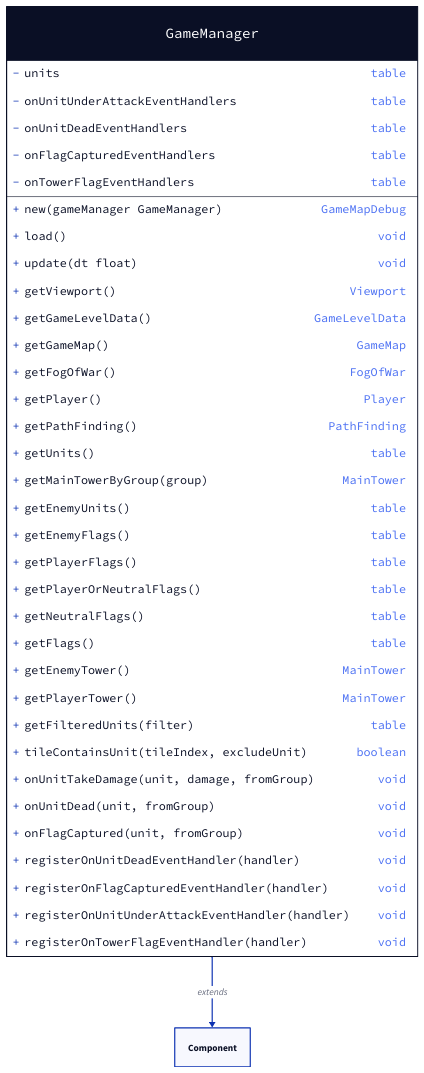
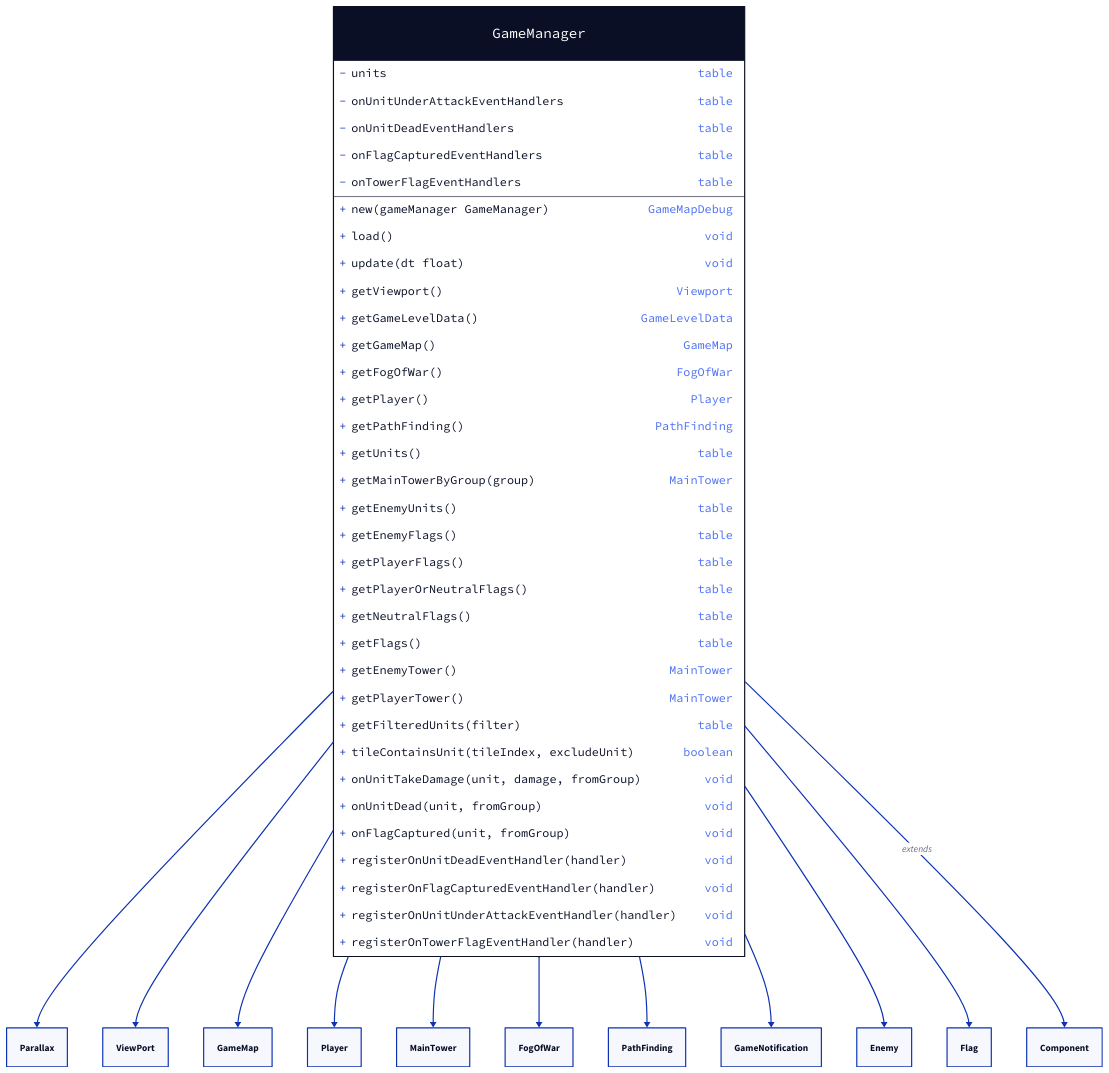
One commit to valcriss/gamingcampus-m1-lua-battletank changed the diagram in docs/game-manager.d2. Above: the diagram before and after it, drawn with D2. The commit also changed 6 other files, not shown here.

```diff
--- a/docs/game-manager.d2
+++ b/docs/game-manager.d2
@@ -1,44 +1,54 @@
 GameManager: {
   shape: class
 
   +new(gameManager GameManager): GameMapDebug
 
   -units: table
   -onUnitUnderAttackEventHandlers: table
   -onUnitDeadEventHandlers: table
   -onFlagCapturedEventHandlers: table
   -onTowerFlagEventHandlers: table
 
   +load(): void
   +update(dt float): void
   +getViewport(): Viewport
   +getGameLevelData(): GameLevelData
   +getGameMap(): GameMap
   +getFogOfWar(): FogOfWar
   +getPlayer(): Player
   +getPathFinding(): PathFinding
 
   +getUnits(): table
   +getMainTowerByGroup(group): MainTower
   +getEnemyUnits(): table
   +getEnemyFlags(): table
   +getPlayerFlags(): table
   +getPlayerOrNeutralFlags(): table
   +getNeutralFlags(): table
   +getFlags(): table
   +getEnemyTower(): MainTower
   +getPlayerTower(): MainTower
   +getFilteredUnits(filter): table
 
   +tileContainsUnit(tileIndex, excludeUnit): boolean
 
   +onUnitTakeDamage(unit, damage, fromGroup): void
   +onUnitDead(unit, fromGroup): void
   +onFlagCaptured(unit, fromGroup): void
 
   +registerOnUnitDeadEventHandler(handler): void
   +registerOnFlagCapturedEventHandler(handler): void
   +registerOnUnitUnderAttackEventHandler(handler): void
   +registerOnTowerFlagEventHandler(handler): void
 }
+GameManager -> Parallax
+GameManager -> ViewPort
+GameManager -> GameMap
+GameManager -> Player
+GameManager -> MainTower
+GameManager -> FogOfWar
+GameManager -> PathFinding
+GameManager -> GameNotification
+GameManager -> Enemy
+GameManager -> Flag
 GameManager -> Component: extends
```
